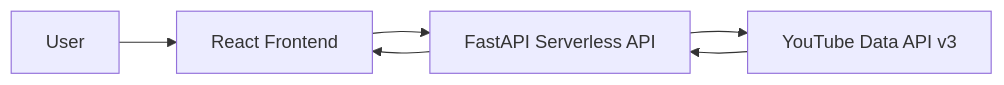
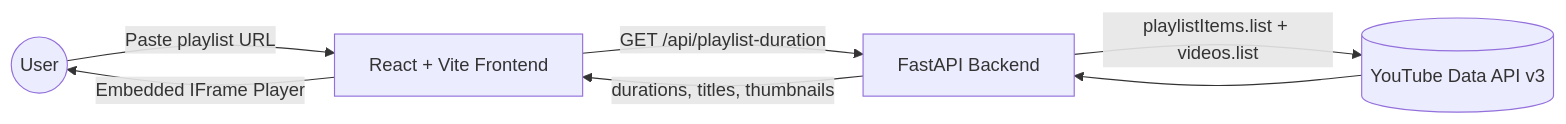
The first of 2 diagrams in README.md (vijayvardhan-killi/Youtube-Playlist-Duration-Checker), drawn with Mermaid before and after one commit. The commit also changed other lines of this file, not shown here.

````diff
--- a/README.md
+++ b/README.md
@@ -94,8 +28,9 @@
 ```mermaid
 flowchart LR
-    User --> Frontend[React Frontend]
-    Frontend --> Backend[FastAPI Serverless API]
-    Backend --> YouTubeAPI[YouTube Data API v3]
+    User((User)) -->|Paste playlist URL| Frontend[React + Vite Frontend]
+    Frontend -->|GET /api/playlist-duration| Backend[FastAPI Backend]
+    Backend -->|playlistItems.list + videos.list| YouTubeAPI[(YouTube Data API v3)]
     YouTubeAPI --> Backend
-    Backend --> Frontend
+    Backend -->|durations, titles, thumbnails| Frontend
+    Frontend -->|Embedded IFrame Player| User
 ```
````
